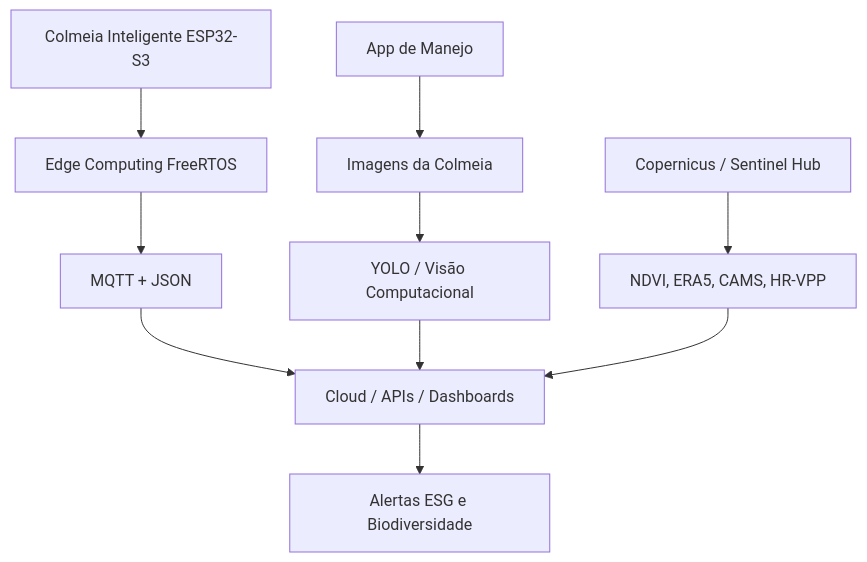
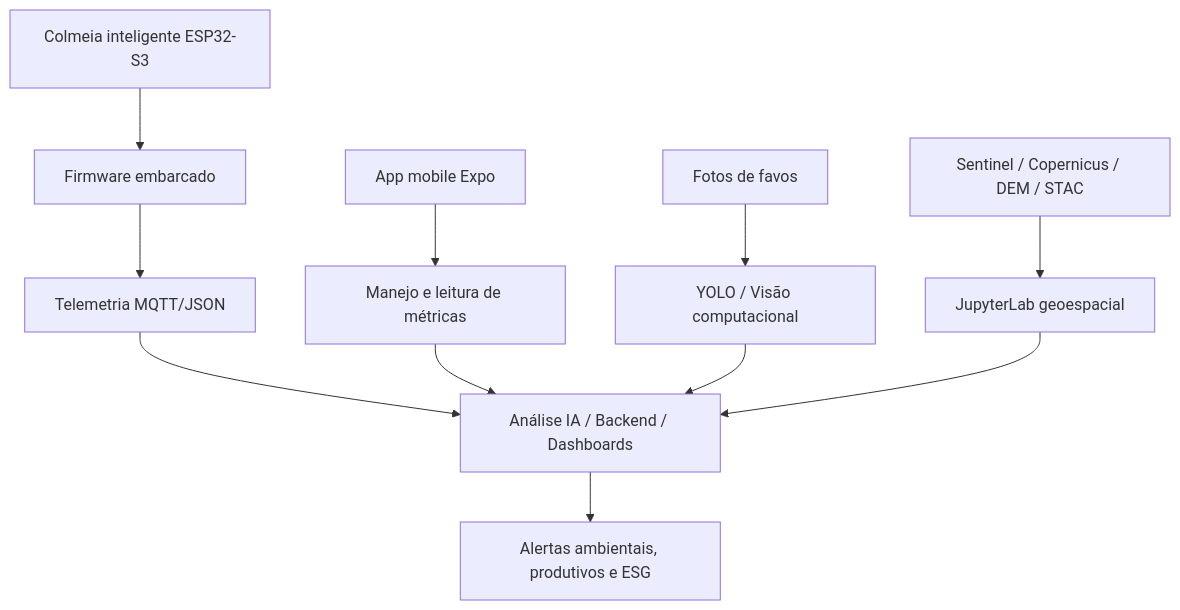
One commit to yasmine-vet-ads/BeeSpace changed the diagram in README.md. Above: the diagram before and after it, drawn with Mermaid. The commit also changed other lines of this file, not shown here.

````diff
--- a/README.md
+++ b/README.md
@@ -90,12 +74,13 @@
 ```mermaid
 flowchart TD
-    A[Colmeia Inteligente ESP32-S3] --> B[Edge Computing FreeRTOS]
-    B --> C[MQTT + JSON]
-    C --> D[Cloud / APIs / Dashboards]
-    D --> E[Alertas ESG e Biodiversidade]
-    F[App de Manejo] --> G[Imagens da Colmeia]
-    G --> H[YOLO / Visão Computacional]
+    A[Colmeia inteligente ESP32-S3] --> B[Firmware embarcado]
+    B --> C[Telemetria MQTT/JSON]
+    C --> D[Análise IA / Backend / Dashboards]
+    E[App mobile Expo] --> F[Manejo e leitura de métricas]
+    F --> D
+    G[Fotos de favos] --> H[YOLO / Visão computacional]
     H --> D
-    I[Copernicus / Sentinel Hub] --> J[NDVI, ERA5, CAMS, HR-VPP]
+    I[Sentinel / Copernicus / DEM / STAC] --> J[JupyterLab geoespacial]
     J --> D
+    D --> K[Alertas ambientais, produtivos e ESG]
 ```
````
